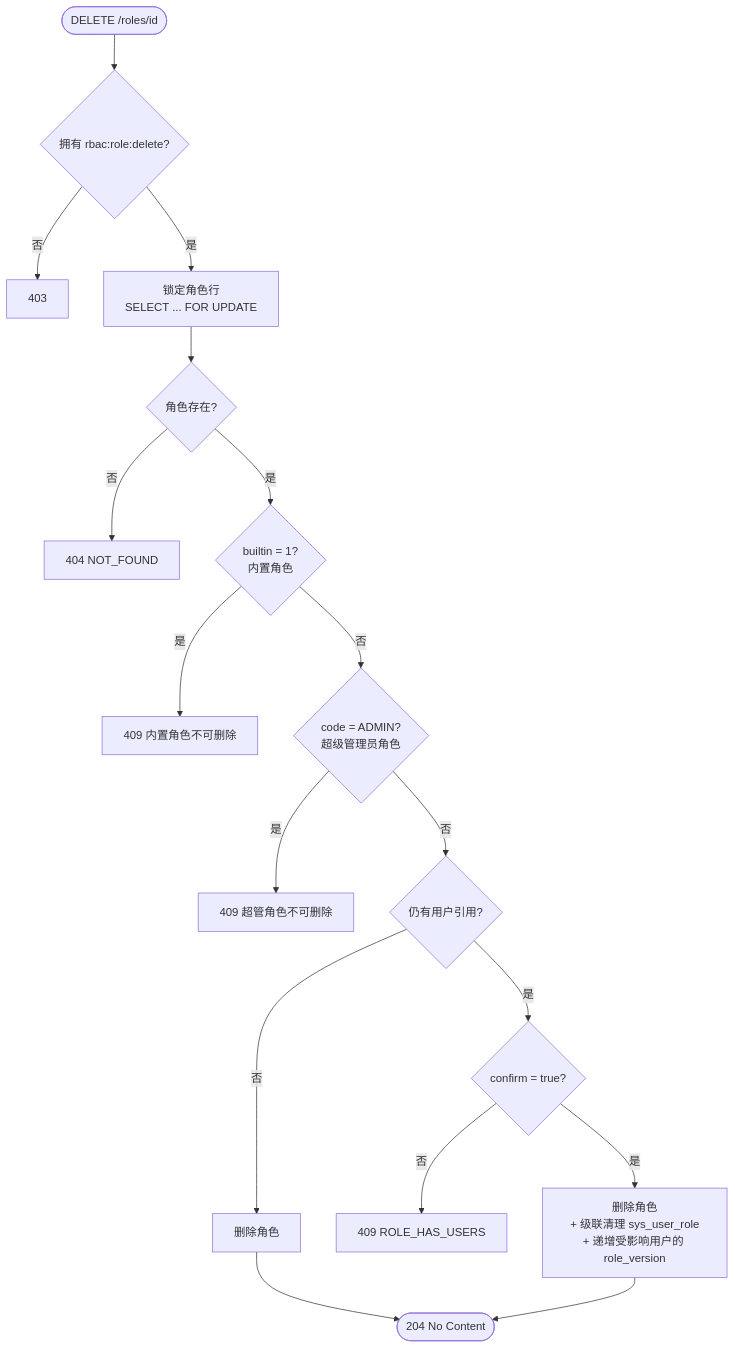
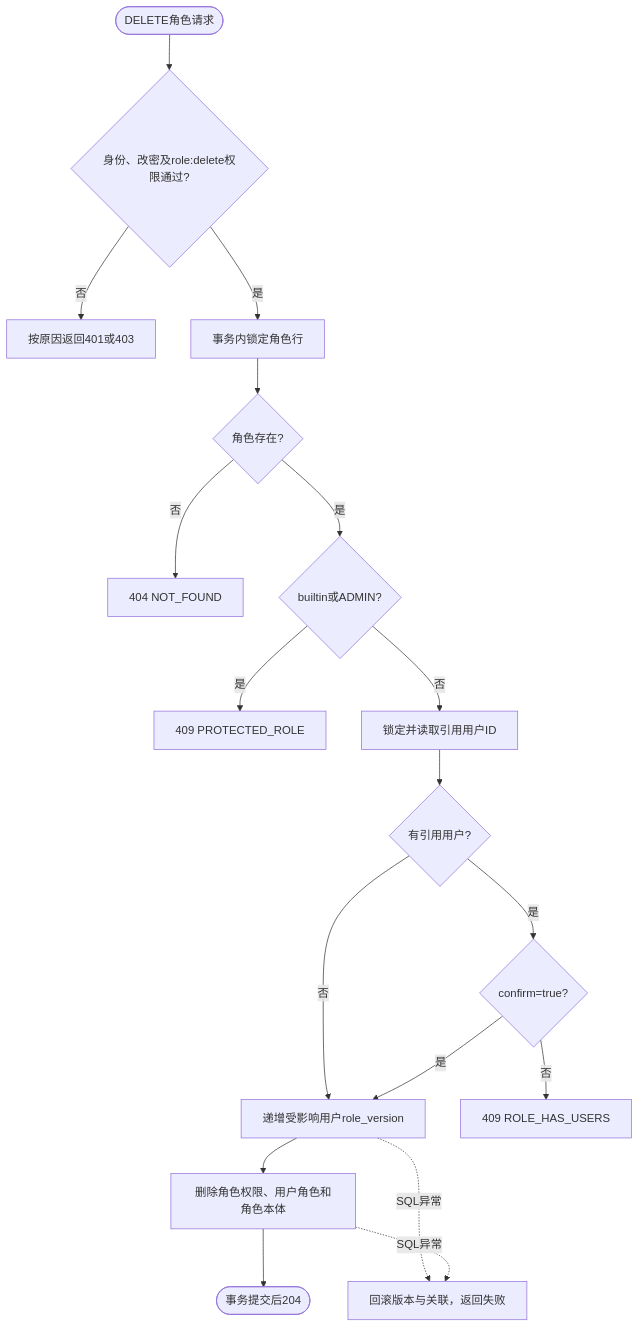
The second of 2 diagrams in docs/uml/activity-diagrams.md (wenjiu-leng66/OO-d), drawn with Mermaid before and after one commit. The commit also changed other lines of this file and 41 other files, not shown here.

````diff
--- a/docs/uml/activity-diagrams.md
+++ b/docs/uml/activity-diagrams.md
@@ -58,21 +32,20 @@
 ```mermaid
 flowchart TD
-  S([DELETE /roles/id]) --> A{"拥有 rbac:role:delete?"}
-  A -- 否 --> E403["403"]
-  A -- 是 --> L["锁定角色行<br/>SELECT ... FOR UPDATE"]
-  L --> B{"角色存在?"}
-  B -- 否 --> E404["404 NOT_FOUND"]
-  B -- 是 --> C{"builtin = 1?<br/>内置角色"}
-  C -- 是 --> E409a["409 内置角色不可删除"]
-  C -- 否 --> D{"code = ADMIN?<br/>超级管理员角色"}
-  D -- 是 --> E409b["409 超管角色不可删除"]
-  D -- 否 --> F{"仍有用户引用?"}
-
-  F -- 否 --> DEL["删除角色"]
-  F -- 是 --> G{"confirm = true?"}
-  G -- 否 --> E409c["409 ROLE_HAS_USERS"]
-  G -- 是 --> DEL2["删除角色<br/>+ 级联清理 sys_user_role<br/>+ 递增受影响用户的 role_version"]
-
-  DEL --> OK([204 No Content])
-  DEL2 --> OK
+  S([DELETE角色请求]) --> A{身份、改密及role:delete权限通过?}
+  A -- 否 --> DENY[按原因返回401或403]
+  A -- 是 --> LOCK[事务内锁定角色行]
+  LOCK --> EXISTS{角色存在?}
+  EXISTS -- 否 --> N[404 NOT_FOUND]
+  EXISTS -- 是 --> BUILTIN{builtin或ADMIN?}
+  BUILTIN -- 是 --> P[409 PROTECTED_ROLE]
+  BUILTIN -- 否 --> MEMBERS[锁定并读取引用用户ID]
+  MEMBERS --> HAS{有引用用户?}
+  HAS -- 否 --> WRITE
+  HAS -- 是 --> CONFIRM{confirm=true?}
+  CONFIRM -- 否 --> C[409 ROLE_HAS_USERS]
+  CONFIRM -- 是 --> WRITE[递增受影响用户role_version]
+  WRITE --> DELETE[删除角色权限、用户角色和角色本体]
+  DELETE --> SUCCESS([事务提交后204])
+  WRITE -. SQL异常 .-> FAIL[回滚版本与关联，返回失败]
+  DELETE -. SQL异常 .-> FAIL
 ```
````
